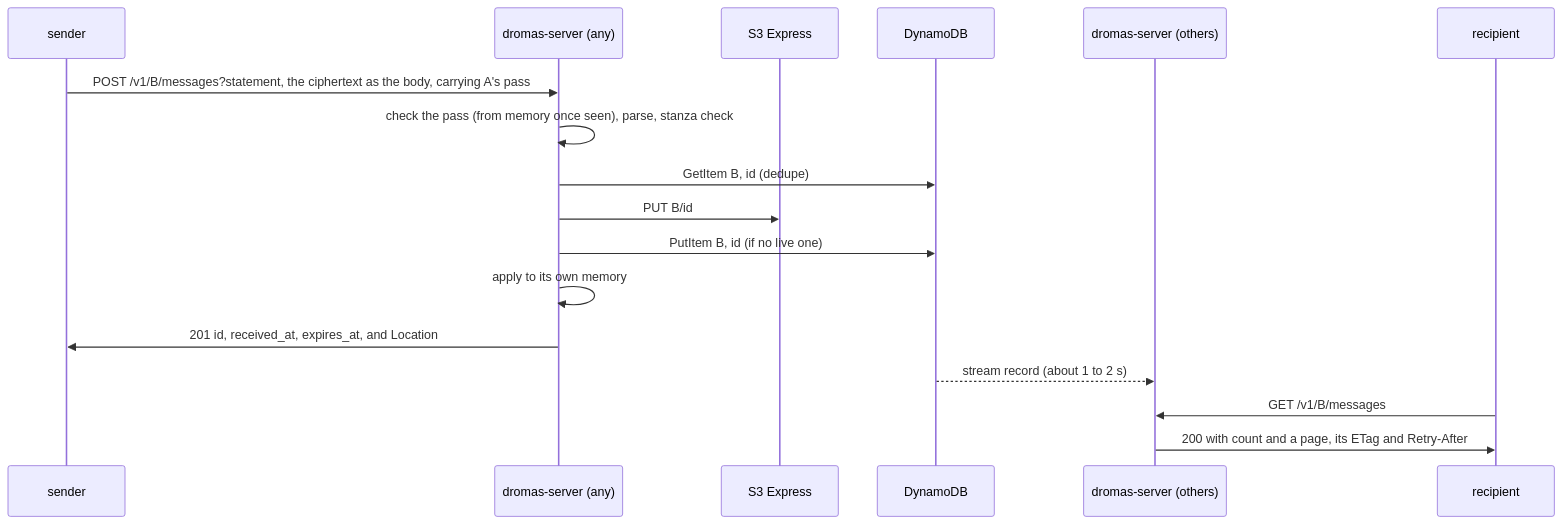
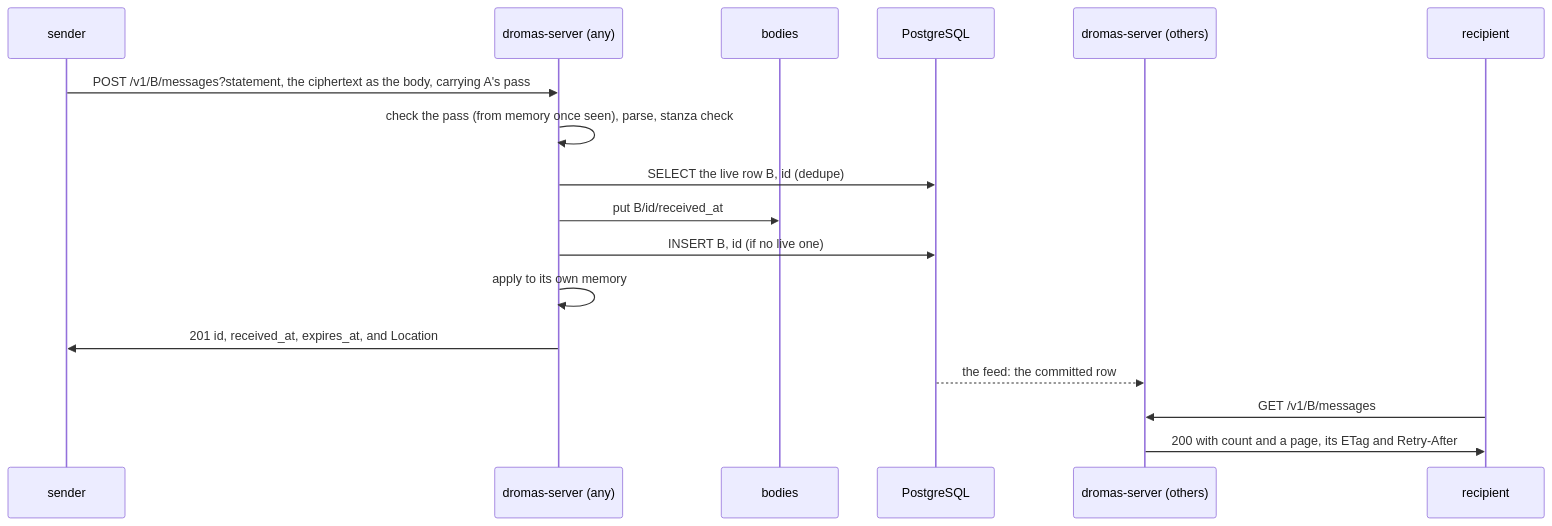
The second of 2 diagrams in ARCHITECTURE.md (dromas-dev/dromas-server), drawn with Mermaid before and after one commit. The commit also changed other lines of this file and 59 other files, not shown here.

First line of the commit message:
PostgreSQL, the one durable store; DynamoDB goes (#230)

````diff
--- a/ARCHITECTURE.md
+++ b/ARCHITECTURE.md
@@ -181,19 +178,19 @@
 ```mermaid
 sequenceDiagram
   participant A as sender
   participant P1 as dromas-server (any)
-  participant S3 as S3 Express
-  participant D as DynamoDB
+  participant S3 as bodies
+  participant D as PostgreSQL
   participant P2 as dromas-server (others)
   participant B as recipient
   A->>P1: POST /v1/B/messages?statement, the ciphertext as the body, carrying A's pass
   P1->>P1: check the pass (from memory once seen), parse, stanza check
-  P1->>D: GetItem B, id (dedupe)
-  P1->>S3: PUT B/id
-  P1->>D: PutItem B, id (if no live one)
+  P1->>D: SELECT the live row B, id (dedupe)
+  P1->>S3: put B/id/received_at
+  P1->>D: INSERT B, id (if no live one)
   P1->>P1: apply to its own memory
   P1->>A: 201 id, received_at, expires_at, and Location
-  D-->>P2: stream record (about 1 to 2 s)
+  D-->>P2: the feed: the committed row
   B->>P2: GET /v1/B/messages
   P2->>B: 200 with count and a page, its ETag and Retry-After
 ```
````
